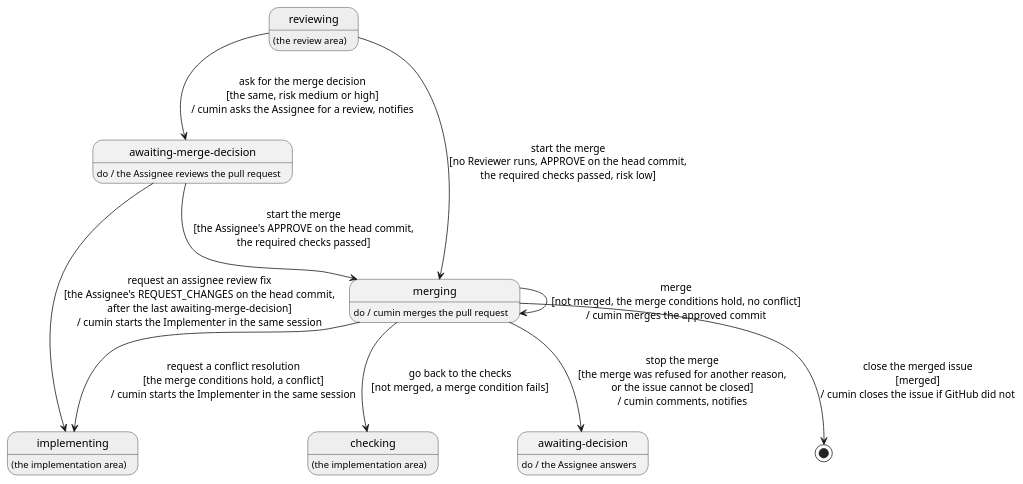
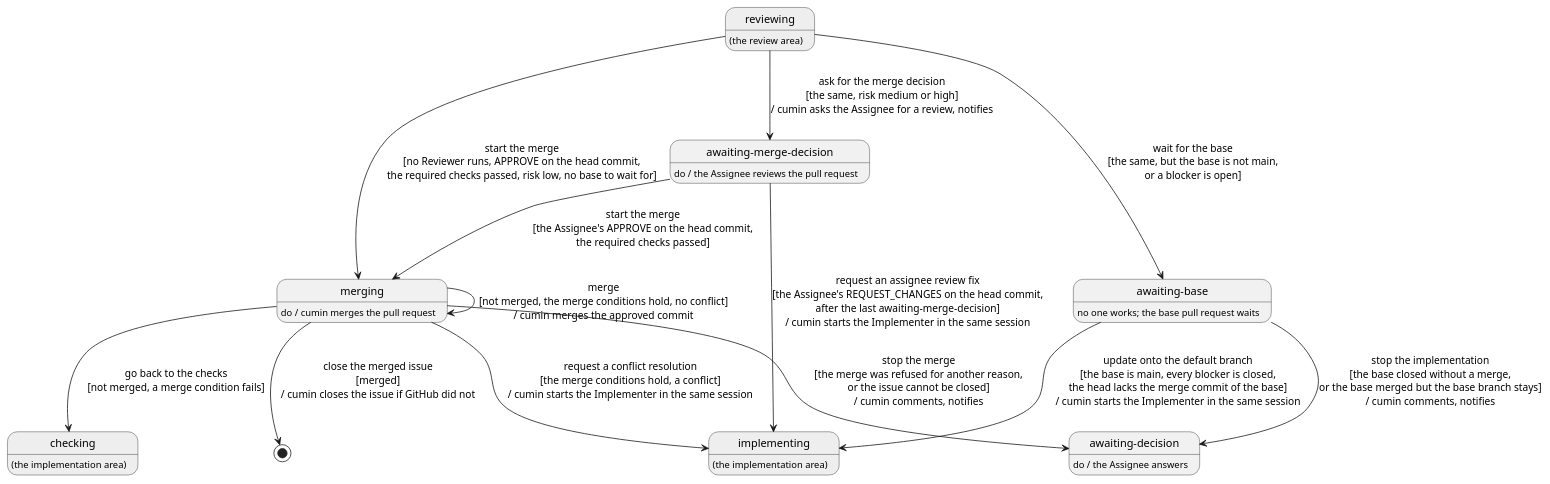
Before and after one commit to cloveclovedev/cumin-works: the diagram in docs/ja/requirements/merge/overview.puml, drawn with PlantUML. The commit also changed 5 other files, not shown here.

First line of the commit message:
docs(requirements): stack an implementation on a pull request that waits for the merge decision

```diff
--- a/docs/ja/requirements/merge/overview.puml
+++ b/docs/ja/requirements/merge/overview.puml
@@ -1,37 +1,43 @@
 @startuml overview
 ' cumin-works - the states of an implementation issue in the merge stage.
 ' A state is a label on GitHub, written without "cumin/status/". "do /" says who works in the state.
 ' A transition is written: action [guard] / what cumin does. A gray state belongs to another area.
 ' Render: run scripts/render-diagrams.sh at the root of the repository.
 
 hide empty description
 
 state "reviewing" as Reviewing #EEEEEE
 Reviewing : (the review area)
 
 state "awaiting-merge-decision" as MergeDecision
 MergeDecision : do / the Assignee reviews the pull request
 
 state "merging" as Merging
 Merging : do / cumin merges the pull request
 
 state "implementing" as Implementing #EEEEEE
 Implementing : (the implementation area)
 
 state "checking" as Checking #EEEEEE
 Checking : (the implementation area)
 
+state "awaiting-base" as AwaitingBase
+AwaitingBase : no one works; the base pull request waits
+
 state "awaiting-decision" as Decision
 Decision : do / the Assignee answers
 
-Reviewing --> Merging : start the merge\n[no Reviewer runs, APPROVE on the head commit,\nthe required checks passed, risk low]
+Reviewing --> Merging : start the merge\n[no Reviewer runs, APPROVE on the head commit,\nthe required checks passed, risk low, no base to wait for]
 Reviewing --> MergeDecision : ask for the merge decision\n[the same, risk medium or high]\n/ cumin asks the Assignee for a review, notifies
 MergeDecision --> Merging : start the merge\n[the Assignee's APPROVE on the head commit,\nthe required checks passed]
 MergeDecision --> Implementing : request an assignee review fix\n[the Assignee's REQUEST_CHANGES on the head commit,\nafter the last awaiting-merge-decision]\n/ cumin starts the Implementer in the same session
+Reviewing --> AwaitingBase : wait for the base\n[the same, but the base is not main,\nor a blocker is open]
+AwaitingBase --> Implementing : update onto the default branch\n[the base is main, every blocker is closed,\nthe head lacks the merge commit of the base]\n/ cumin starts the Implementer in the same session
+AwaitingBase --> Decision : stop the implementation\n[the base closed without a merge,\nor the base merged but the base branch stays]\n/ cumin comments, notifies
 Merging --> Merging : merge\n[not merged, the merge conditions hold, no conflict]\n/ cumin merges the approved commit
 Merging --> [*] : close the merged issue\n[merged]\n/ cumin closes the issue if GitHub did not
 Merging --> Checking : go back to the checks\n[not merged, a merge condition fails]
 Merging --> Implementing : request a conflict resolution\n[the merge conditions hold, a conflict]\n/ cumin starts the Implementer in the same session
 Merging --> Decision : stop the merge\n[the merge was refused for another reason,\nor the issue cannot be closed]\n/ cumin comments, notifies
 
 @enduml
```
